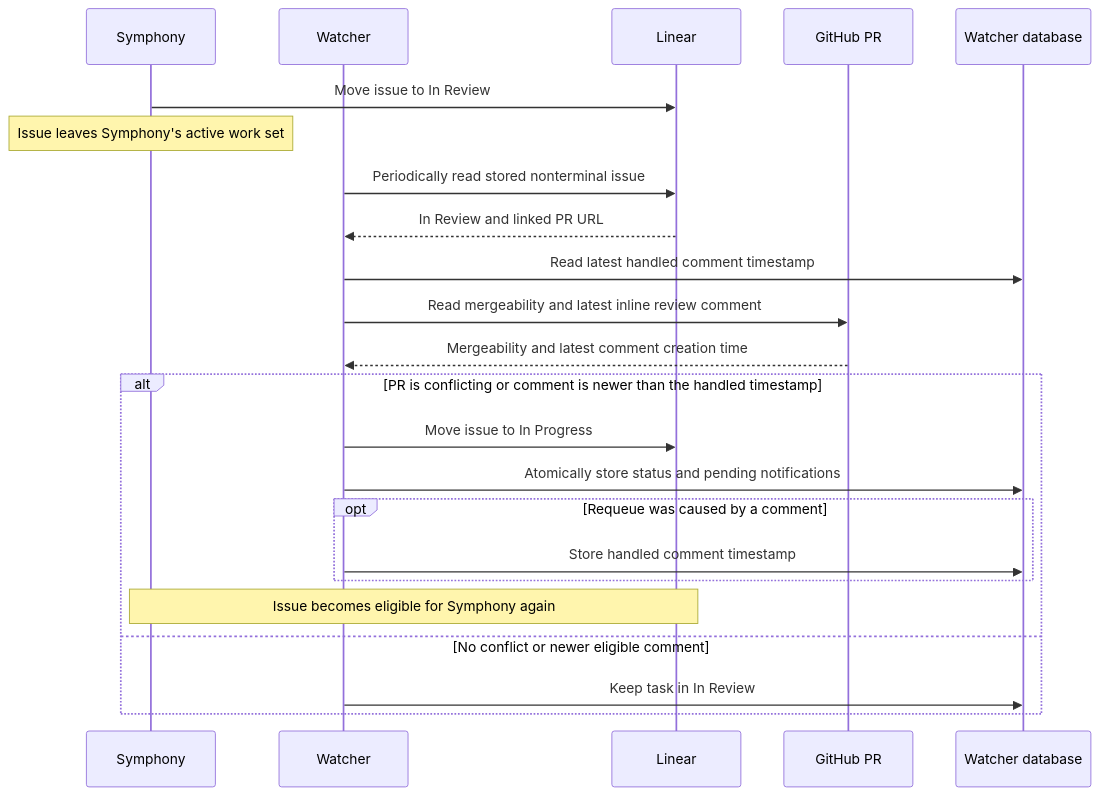
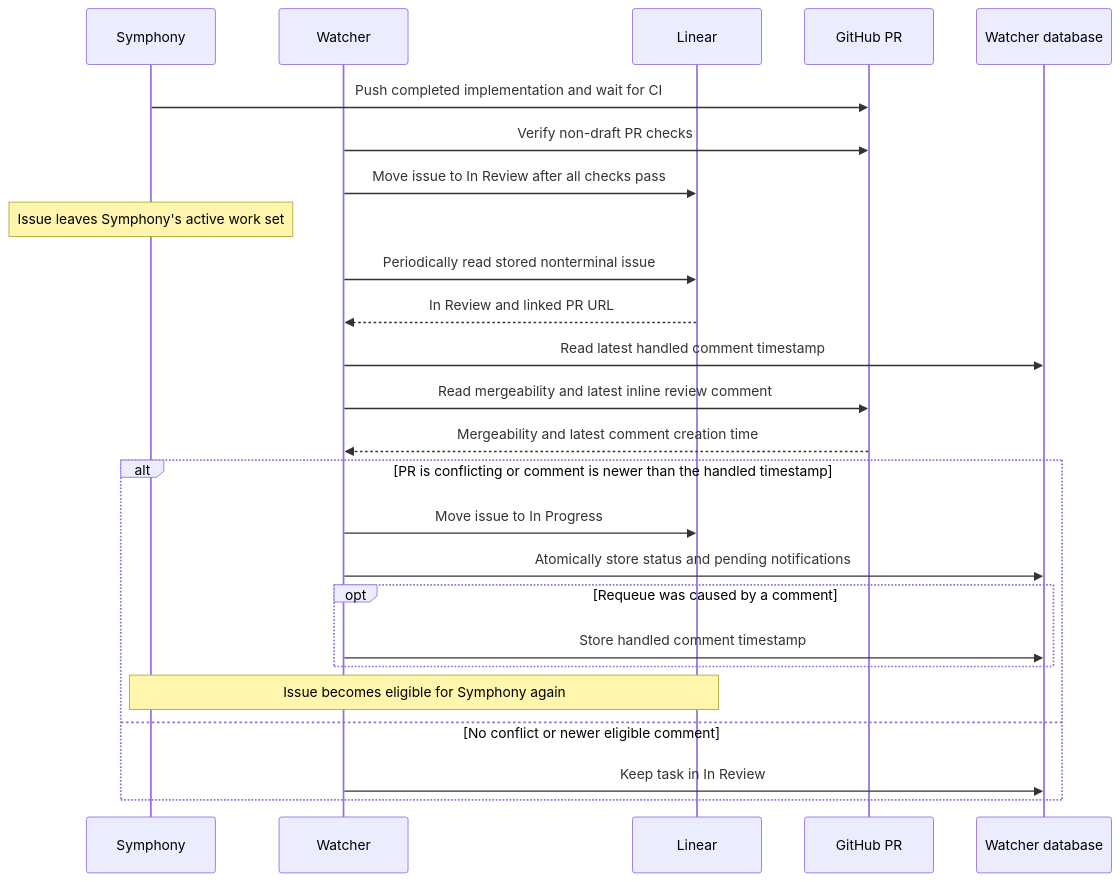
Before and after one commit to hiroppy/orchestrators: the second of 2 diagrams in docs/architecture.md, drawn with Mermaid. The commit also changed other lines of this file and 5 other files, not shown here.

Commit message:
fix(watcher): wait for CI before review

````diff
--- a/docs/architecture.md
+++ b/docs/architecture.md
@@ -203,26 +208,28 @@
 ```mermaid
 sequenceDiagram
   participant S as Symphony
   participant W as Watcher
   participant L as Linear
   participant G as GitHub PR
   participant DB as Watcher database
 
-  S->>L: Move issue to In Review
+  S->>G: Push completed implementation and wait for CI
+  W->>G: Verify non-draft PR checks
+  W->>L: Move issue to In Review after all checks pass
   Note over S: Issue leaves Symphony's active work set
   W->>L: Periodically read stored nonterminal issue
   L-->>W: In Review and linked PR URL
   W->>DB: Read latest handled comment timestamp
   W->>G: Read mergeability and latest inline review comment
   G-->>W: Mergeability and latest comment creation time
   alt PR is conflicting or comment is newer than the handled timestamp
     W->>L: Move issue to In Progress
     W->>DB: Atomically store status and pending notifications
     opt Requeue was caused by a comment
       W->>DB: Store handled comment timestamp
     end
     Note over S,L: Issue becomes eligible for Symphony again
   else No conflict or newer eligible comment
     W->>DB: Keep task in In Review
   end
 ```
````
